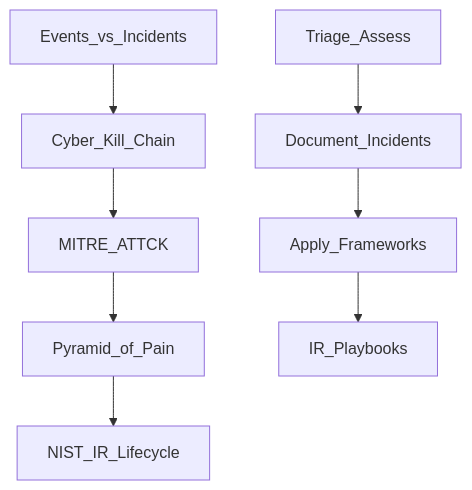
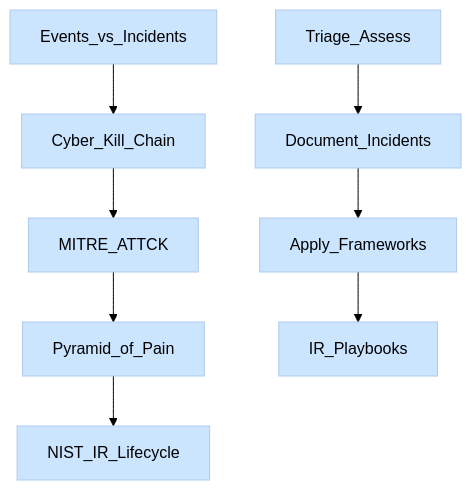
The first of 29 diagrams in 1-Incident-Handling-Process/README.md (manojxshrestha/SOC-Analyst-Cheatsheet), drawn with Mermaid before and after one commit. The commit also changed other lines of this file and 1 other file, not shown here.

````diff
--- a/1-Incident-Handling-Process/README.md
+++ b/1-Incident-Handling-Process/README.md
@@ -10,11 +10,13 @@
 ```mermaid
+%%{init: {'theme': 'base', 'themeVariables': { 'primaryColor': '#ffcccc', 'primaryTextColor': '#000', 'lineColor': '#000'}}}%%
+%%{init: {'theme': 'base', 'themeVariables': { 'primaryColor': '#cce5ff', 'primaryTextColor': '#000', 'lineColor': '#000'}}}%%
 flowchart TB
     Events_vs_Incidents --> Cyber_Kill_Chain
     Cyber_Kill_Chain --> MITRE_ATTCK
     MITRE_ATTCK --> Pyramid_of_Pain
     Pyramid_of_Pain --> NIST_IR_Lifecycle
     
     Triage_Assess --> Document_Incidents
     Document_Incidents --> Apply_Frameworks
     Apply_Frameworks --> IR_Playbooks
 ```
````
